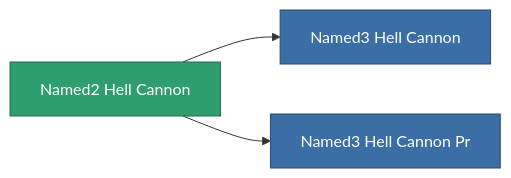
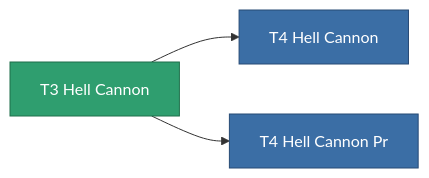
The diagram in content/content/items/named2_hell_cannon.md (OpenPerpetuum/Wiki), drawn with Mermaid before and after one commit. The commit also changed other lines of this file and 4904 other files, not shown here.

````diff
--- a/content/content/items/named2_hell_cannon.md
+++ b/content/content/items/named2_hell_cannon.md
@@ -73,13 +53,13 @@
 ```mermaid
 graph LR
-    a["Named2 Hell Cannon"]:::current
-    b["Named3 Hell Cannon"]:::prod
+    a["T3 Hell Cannon"]:::current
+    b["T4 Hell Cannon"]:::prod
     a --> b
-    click b "/content/items/named3-hell-cannon/" "Named3 Hell Cannon"
-    c["Named3 Hell Cannon Pr"]:::prod
+    click b "/content/items/named3-hell-cannon/" "T4 Hell Cannon"
+    c["T4 Hell Cannon Pr"]:::prod
     a --> c
-    click c "/content/items/named3-hell-cannon-pr/" "Named3 Hell Cannon Pr"
+    click c "/content/items/named3-hell-cannon-pr/" "T4 Hell Cannon Pr"
     classDef current fill:#2f9e6f,stroke:#1f6f4a,color:#ffffff
     classDef prod fill:#3b6ea5,stroke:#274a75,color:#ffffff
     classDef more fill:#39445a,stroke:#54658a,color:#d5dbe8
 ```
````
